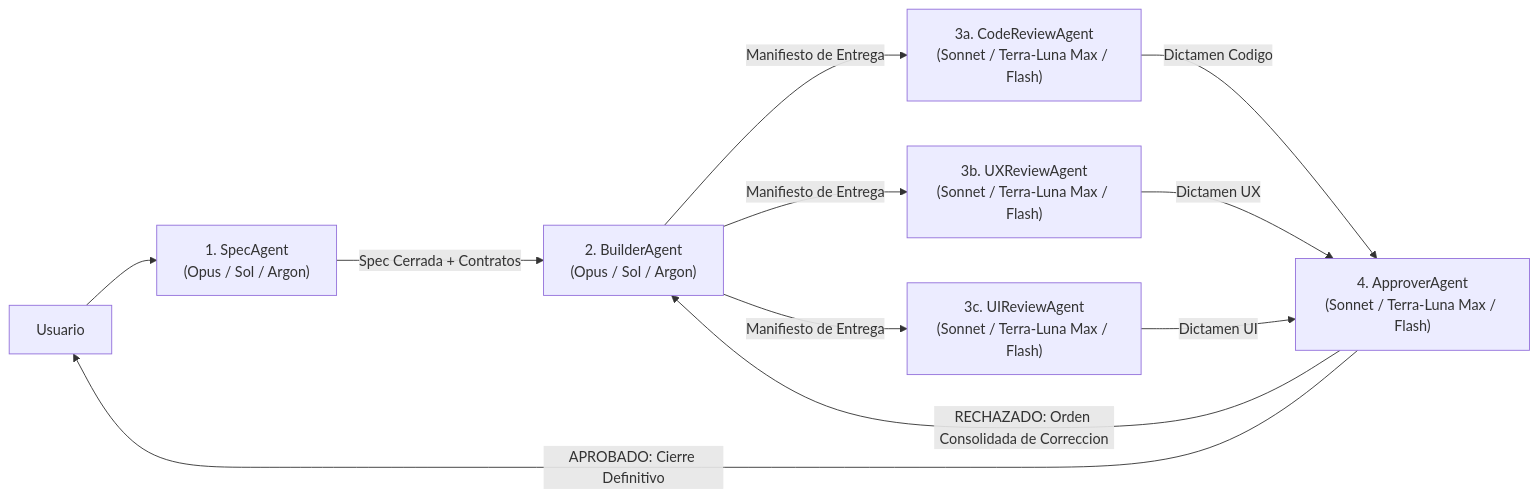
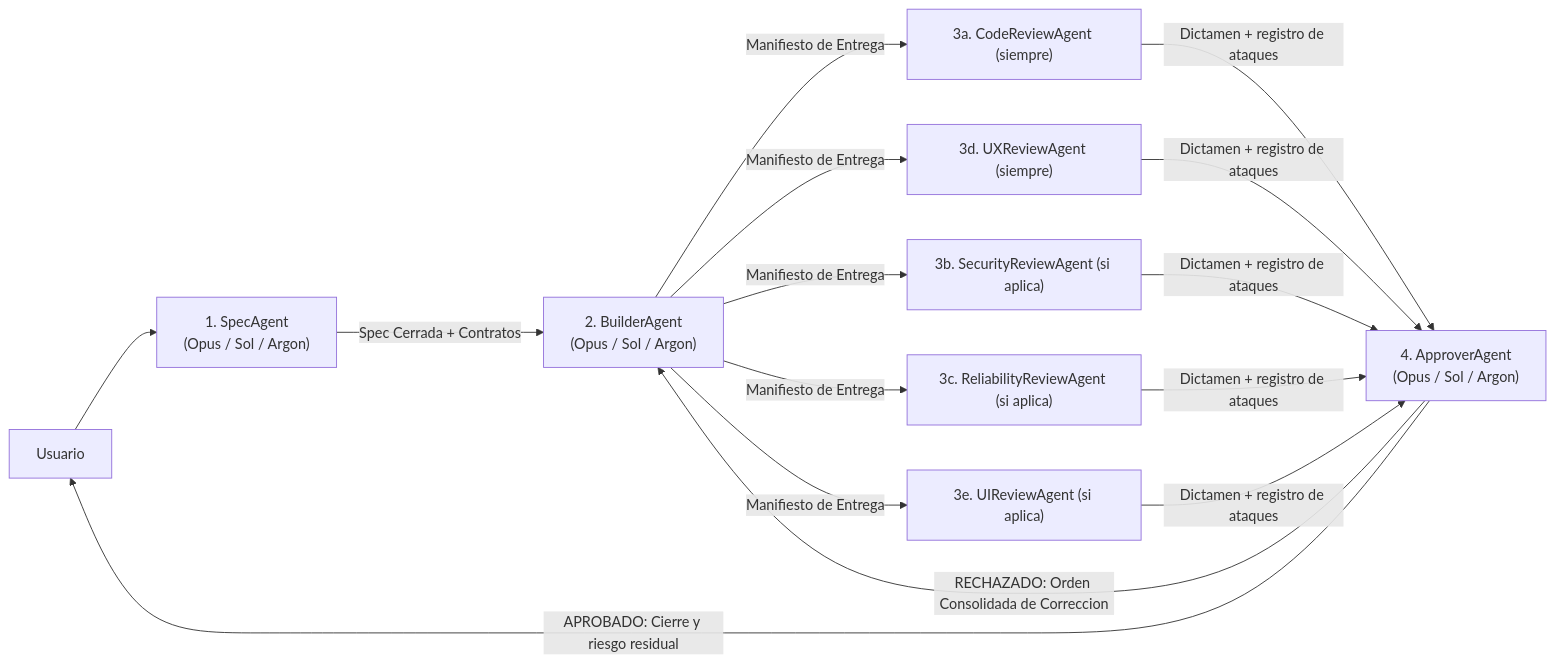
The diagram in agents/SpecAgent.md (Decav/JefeProyectos), drawn with Mermaid before and after one commit. The commit also changed other lines of this file and 15 other files, not shown here.

First line of the commit message:
Rewrite SDD review flow: adversarial reviewers that execute and test

````diff
--- a/agents/SpecAgent.md
+++ b/agents/SpecAgent.md
@@ -135,13 +155,17 @@
 ```mermaid
 flowchart LR
     U["Usuario"] --> SA["1. SpecAgent\n(Opus / Sol / Argon)"]
     SA -- "Spec Cerrada + Contratos" --> BA["2. BuilderAgent\n(Opus / Sol / Argon)"]
-    BA -- "Manifiesto de Entrega" --> CR["3a. CodeReviewAgent\n(Sonnet / Terra-Luna Max / Flash)"]
-    BA -- "Manifiesto de Entrega" --> UXR["3b. UXReviewAgent\n(Sonnet / Terra-Luna Max / Flash)"]
-    BA -- "Manifiesto de Entrega" --> UIR["3c. UIReviewAgent\n(Sonnet / Terra-Luna Max / Flash)"]
-    CR -- "Dictamen Codigo" --> AP["4. ApproverAgent\n(Sonnet / Terra-Luna Max / Flash)"]
-    UXR -- "Dictamen UX" --> AP
-    UIR -- "Dictamen UI" --> AP
+    BA -- "Manifiesto de Entrega" --> CR["3a. CodeReviewAgent (siempre)"]
+    BA -- "Manifiesto de Entrega" --> UXR["3d. UXReviewAgent (siempre)"]
+    BA -- "Manifiesto de Entrega" --> SEC["3b. SecurityReviewAgent (si aplica)"]
+    BA -- "Manifiesto de Entrega" --> REL["3c. ReliabilityReviewAgent (si aplica)"]
+    BA -- "Manifiesto de Entrega" --> UIR["3e. UIReviewAgent (si aplica)"]
+    CR -- "Dictamen + registro de ataques" --> AP["4. ApproverAgent\n(Opus / Sol / Argon)"]
+    UXR -- "Dictamen + registro de ataques" --> AP
+    SEC -- "Dictamen + registro de ataques" --> AP
+    REL -- "Dictamen + registro de ataques" --> AP
+    UIR -- "Dictamen + registro de ataques" --> AP
     AP -- "RECHAZADO: Orden Consolidada de Correccion" --> BA
-    AP -- "APROBADO: Cierre Definitivo" --> U
+    AP -- "APROBADO: Cierre y riesgo residual" --> U
 ```
````
